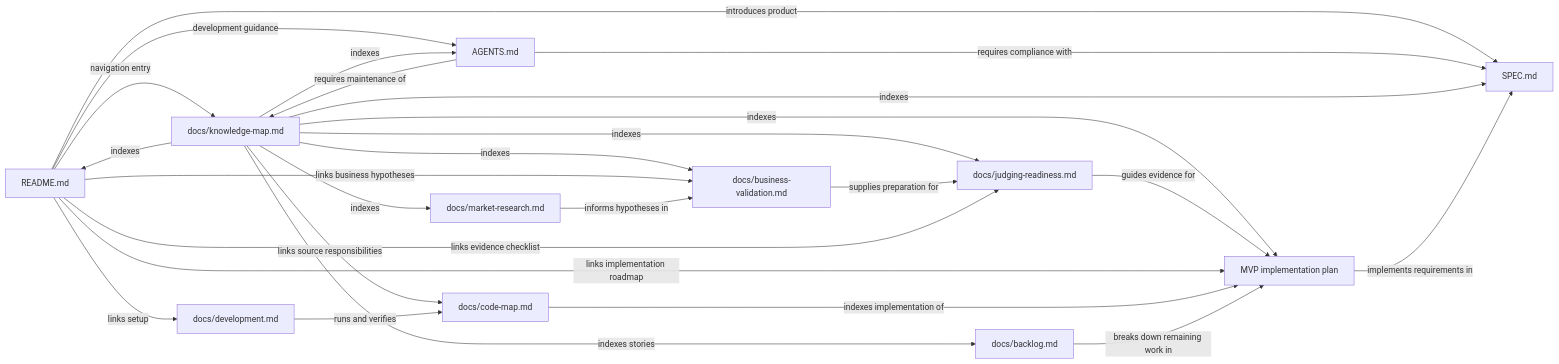
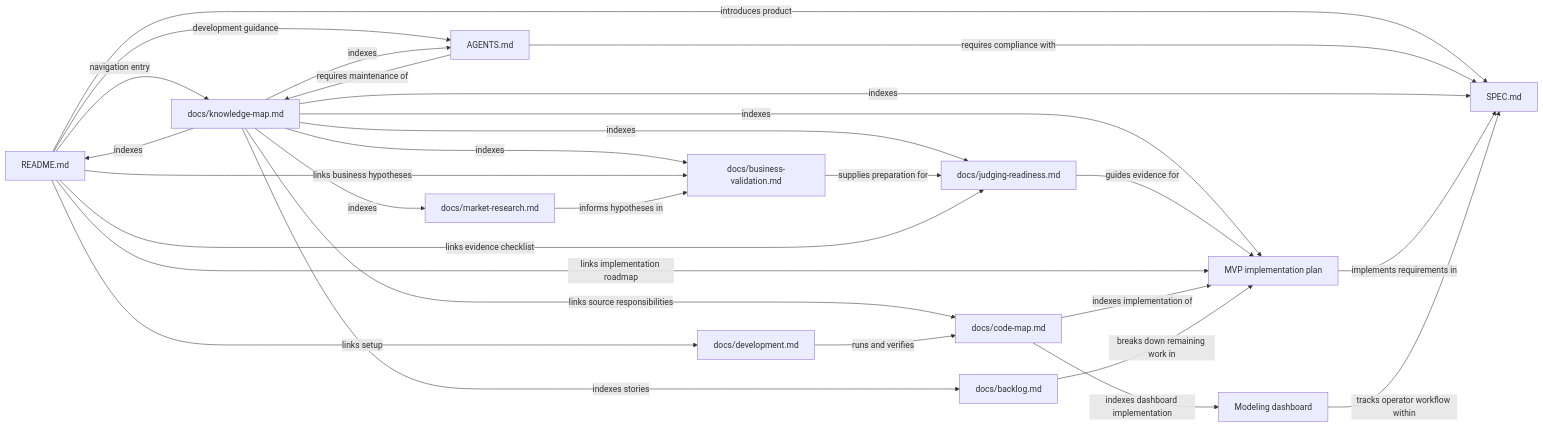
Before and after one commit to DuztyMusketear/Print_Assist: the diagram in docs/knowledge-map.md, drawn with Mermaid. The commit also changed other lines of this file and 13 other files, not shown here.

Commit message:
Add modeling workflow dashboard

````diff
--- a/docs/knowledge-map.md
+++ b/docs/knowledge-map.md
@@ -11,28 +11,30 @@
 ```mermaid
 graph LR
     README["README.md"] -->|introduces product| SPEC["SPEC.md"]
     README -->|navigation entry| MAP["docs/knowledge-map.md"]
     README -->|development guidance| RULES["AGENTS.md"]
     RULES -->|requires compliance with| SPEC
     RULES -->|requires maintenance of| MAP
     MAP -->|indexes| README
     MAP -->|indexes| SPEC
     MAP -->|indexes| RULES
     PLAN["MVP implementation plan"] -->|implements requirements in| SPEC
     MAP -->|indexes| PLAN
     JUDGING["docs/judging-readiness.md"] -->|guides evidence for| PLAN
     MAP -->|indexes| JUDGING
     BUSINESS["docs/business-validation.md"] -->|supplies preparation for| JUDGING
     MAP -->|indexes| BUSINESS
     README -->|links implementation roadmap| PLAN
     README -->|links evidence checklist| JUDGING
     README -->|links business hypotheses| BUSINESS
     RESEARCH["docs/market-research.md"] -->|informs hypotheses in| BUSINESS
     MAP -->|indexes| RESEARCH
     CODE["docs/code-map.md"] -->|indexes implementation of| PLAN
+    DASH["Modeling dashboard"] -->|tracks operator workflow within| SPEC
+    CODE -->|indexes dashboard implementation| DASH
     MAP -->|links source responsibilities| CODE
     DEV["docs/development.md"] -->|runs and verifies| CODE
     README -->|links setup| DEV
     BACKLOG["docs/backlog.md"] -->|breaks down remaining work in| PLAN
     MAP -->|indexes stories| BACKLOG
 ```
````
